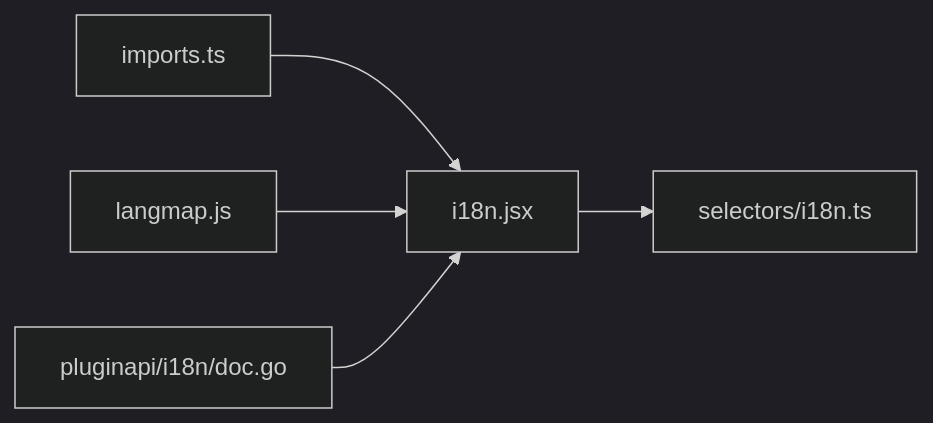
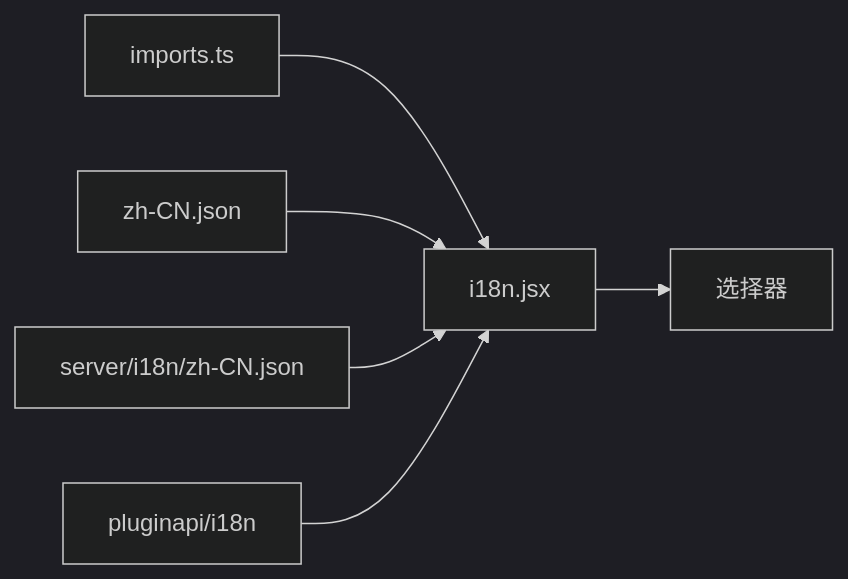
Before and after one commit to frankMa-1993/mattermost: the fifth of 5 diagrams in .qoder/repowiki/zh/content/前端开发/国际化支持.md, drawn with Mermaid (dark theme). The commit also changed other lines of this file and 24 other files, not shown here.

````diff
--- a/.qoder/repowiki/zh/content/前端开发/国际化支持.md
+++ b/.qoder/repowiki/zh/content/前端开发/国际化支持.md
@@ -191,7 +176,8 @@
 ```mermaid
 graph LR
-IMP["imports.ts"] --> I18N["i18n.jsx"]
-LMAP["langmap.js"] --> I18N
-I18N --> SEL["selectors/i18n.ts"]
-DOC["pluginapi/i18n/doc.go"] --> I18N
+IMPORTS["imports.ts"] --> I18N["i18n.jsx"]
+ZHJSON["zh-CN.json"] --> I18N
+I18N --> SELECTOR["选择器"]
+SERVERZH["server/i18n/zh-CN.json"] --> I18N
+PLUGINAPI["pluginapi/i18n"] --> I18N
 ```
````
